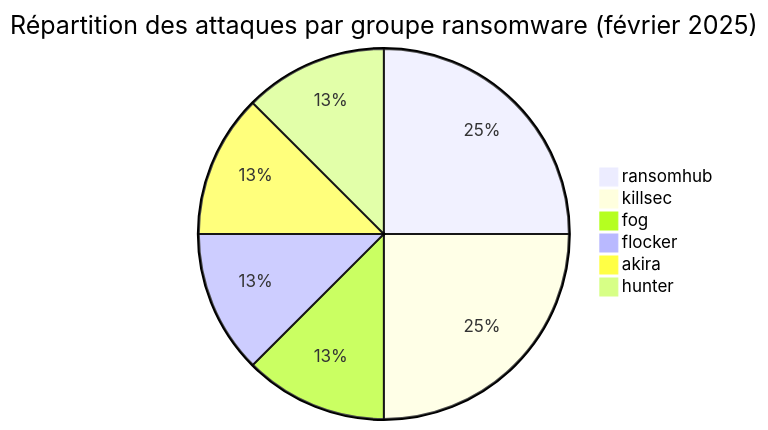
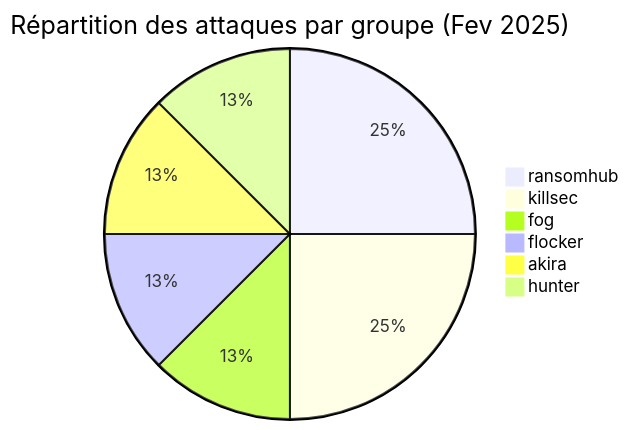
Before and after one commit to Hatchepsoute/AFRINTEL: the first of 5 diagrams in reports/2025/02-february/README_FR.md, drawn with Mermaid. The commit also changed other lines of this file and 3 other files, not shown here.

````diff
--- a/reports/2025/02-february/README_FR.md
+++ b/reports/2025/02-february/README_FR.md
@@ -32,9 +32,9 @@
 ```mermaid
-pie title Répartition des attaques par groupe ransomware (février 2025)
+pie title Répartition des attaques par groupe (Fev 2025)
     "ransomhub" : 2
     "killsec" : 2
     "fog" : 1
     "flocker" : 1
     "akira" : 1
     "hunter" : 1
 ```
````
